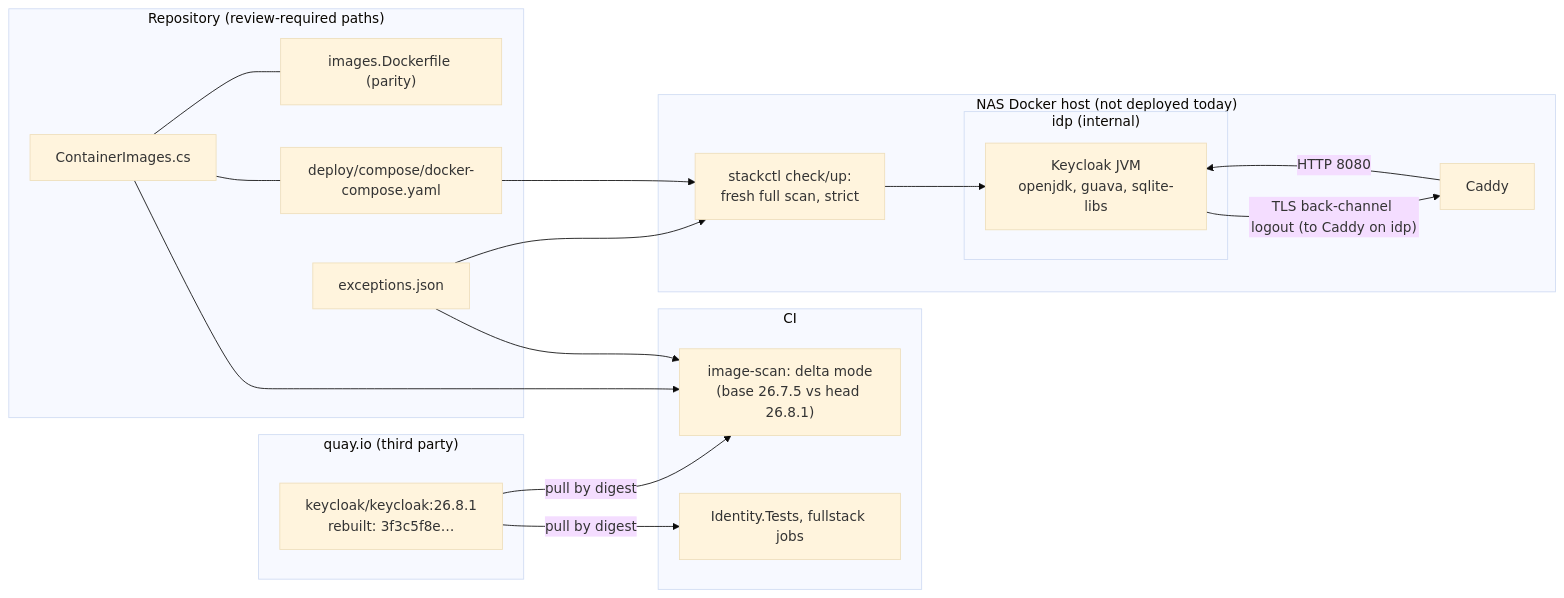
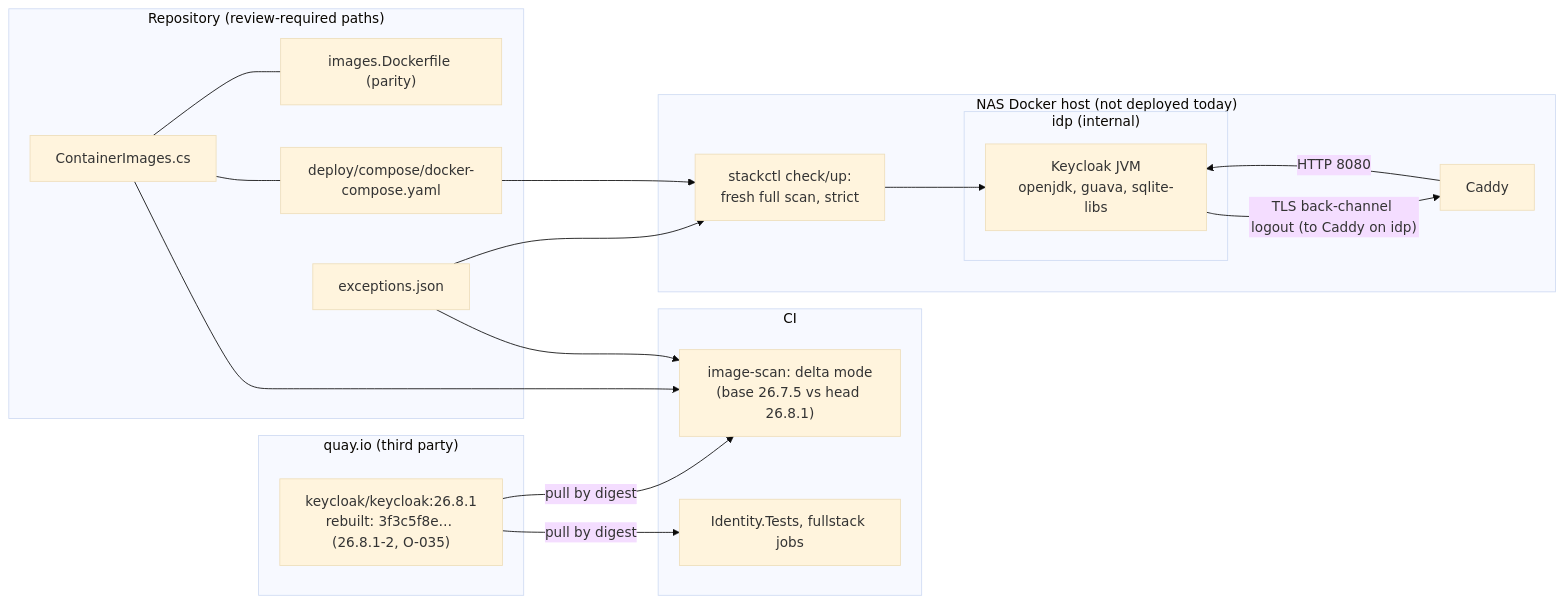
The diagram in docs/security/threat-models/keycloak-26-8-1-268.md (mpcs2013/decisya), drawn with Mermaid (base theme) before and after one commit. The commit also changed other lines of this file and 13 other files, not shown here.

````diff
--- a/docs/security/threat-models/keycloak-26-8-1-268.md
+++ b/docs/security/threat-models/keycloak-26-8-1-268.md
@@ -16,30 +20,30 @@
 ```mermaid
 flowchart LR
   subgraph Reg["quay.io (third party)"]
-    Q["keycloak/keycloak:26.8.1<br/>rebuilt: 3f3c5f8e…"]
+    Q["keycloak/keycloak:26.8.1<br/>rebuilt: 3f3c5f8e… (26.8.1-2, O-035)"]
   end
   subgraph Repo["Repository (review-required paths)"]
     CI["ContainerImages.cs"] --- PD["images.Dockerfile (parity)"]
     CI --- DC["deploy/compose/docker-compose.yaml"]
     EX["exceptions.json"]
   end
   subgraph CIjobs["CI"]
     IS["image-scan: delta mode<br/>(base 26.7.5 vs head 26.8.1)"]
     IT["Identity.Tests, fullstack jobs"]
   end
   subgraph Host["NAS Docker host (not deployed today)"]
     SC["stackctl check/up:<br/>fresh full scan, strict"]
     subgraph idp["idp (internal)"]
       K["Keycloak JVM<br/>openjdk, guava, sqlite-libs"]
     end
     C[Caddy]
   end
   Q -- "pull by digest" --> IS
   Q -- "pull by digest" --> IT
   CI --> IS
   EX --> IS
   EX --> SC
   DC --> SC --> K
   C -- "HTTP 8080" --> K
   K -- "TLS back-channel logout (to Caddy on idp)" --> C
 ```
````
